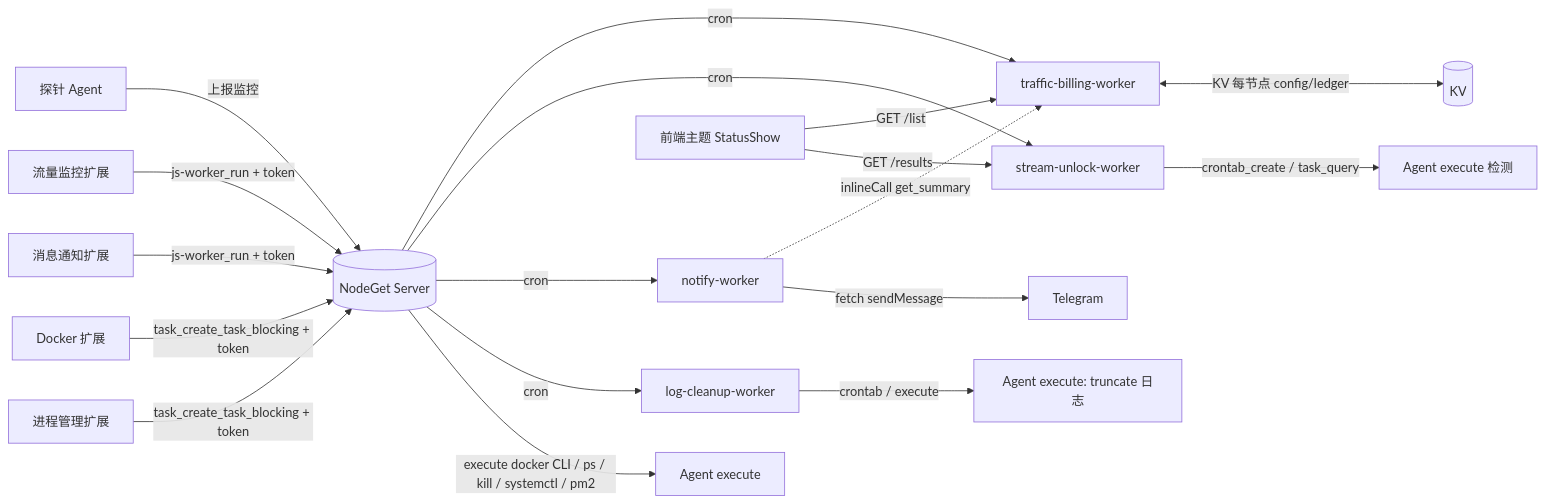
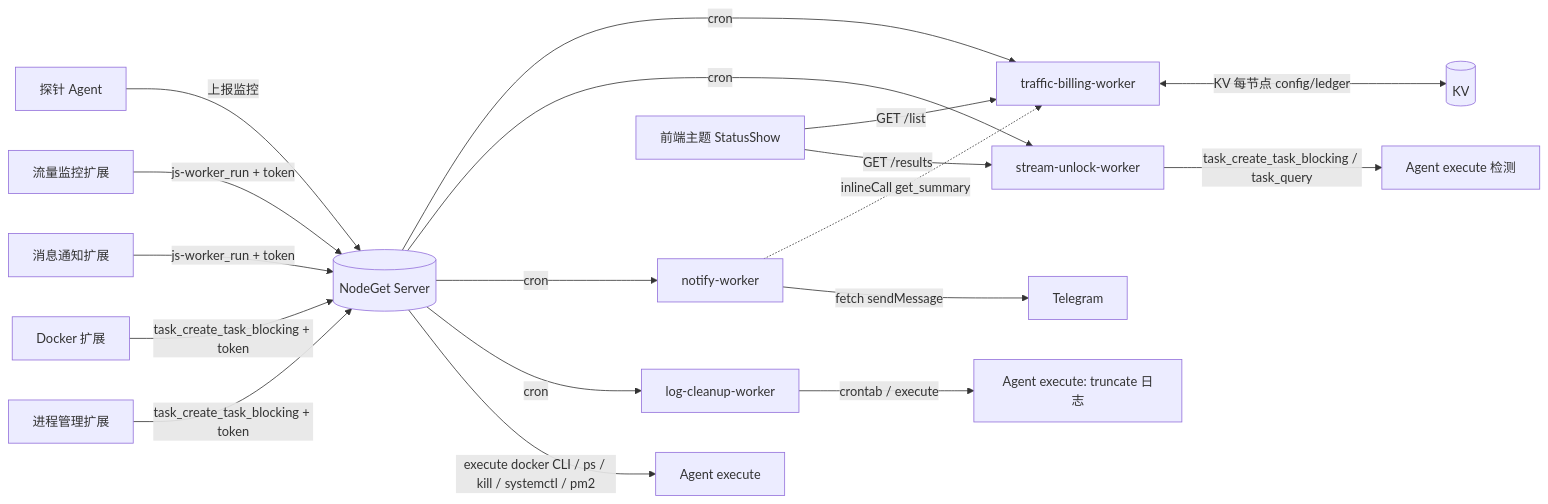
The diagram in README.md (laozig/js_workers), drawn with Mermaid before and after one commit. The commit also changed other lines of this file and 2 other files, not shown here.

````diff
--- a/README.md
+++ b/README.md
@@ -50,20 +50,20 @@
 ```mermaid
 flowchart LR
   agent[探针 Agent] -->|上报监控| server[(NodeGet Server)]
   server -->|cron| tb[traffic-billing-worker]
   server -->|cron| su[stream-unlock-worker]
   server -->|cron| nf[notify-worker]
   server -->|cron| lc[log-cleanup-worker]
   tb <-->|KV 每节点 config/ledger| kv[(KV)]
-  su -->|crontab_create / task_query| ax[Agent execute 检测]
+  su -->|task_create_task_blocking / task_query| ax[Agent execute 检测]
   lc -->|crontab / execute| ax2[Agent execute: truncate 日志]
   nf -.->|inlineCall get_summary| tb
   nf -->|fetch sendMessage| tg[Telegram]
   front[前端主题 StatusShow] -->|GET /list| tb
   front -->|GET /results| su
   trafExt[流量监控扩展] -->|js-worker_run + token| server
   notifyExt[消息通知扩展] -->|js-worker_run + token| server
   dockExt[Docker 扩展] -->|task_create_task_blocking + token| server
   procExt[进程管理扩展] -->|task_create_task_blocking + token| server
   server -->|execute docker CLI / ps / kill / systemctl / pm2| ax3[Agent execute]
 ```
````
